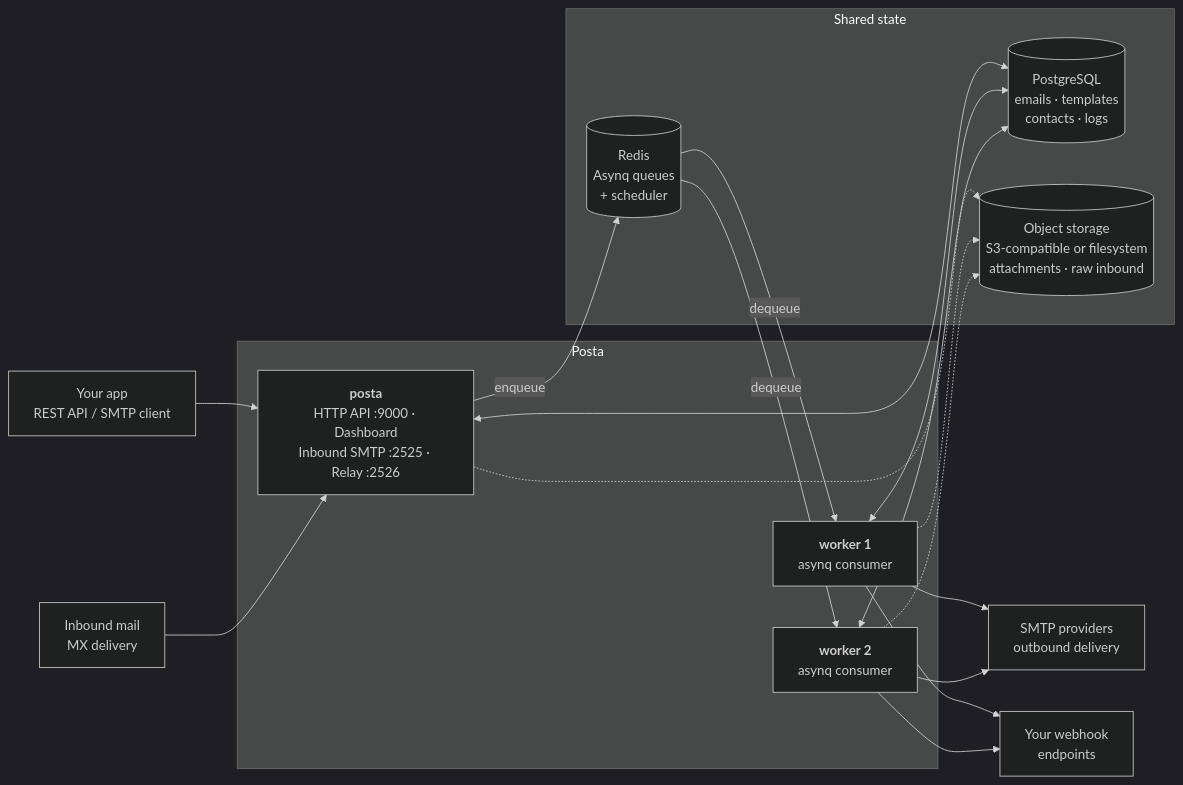
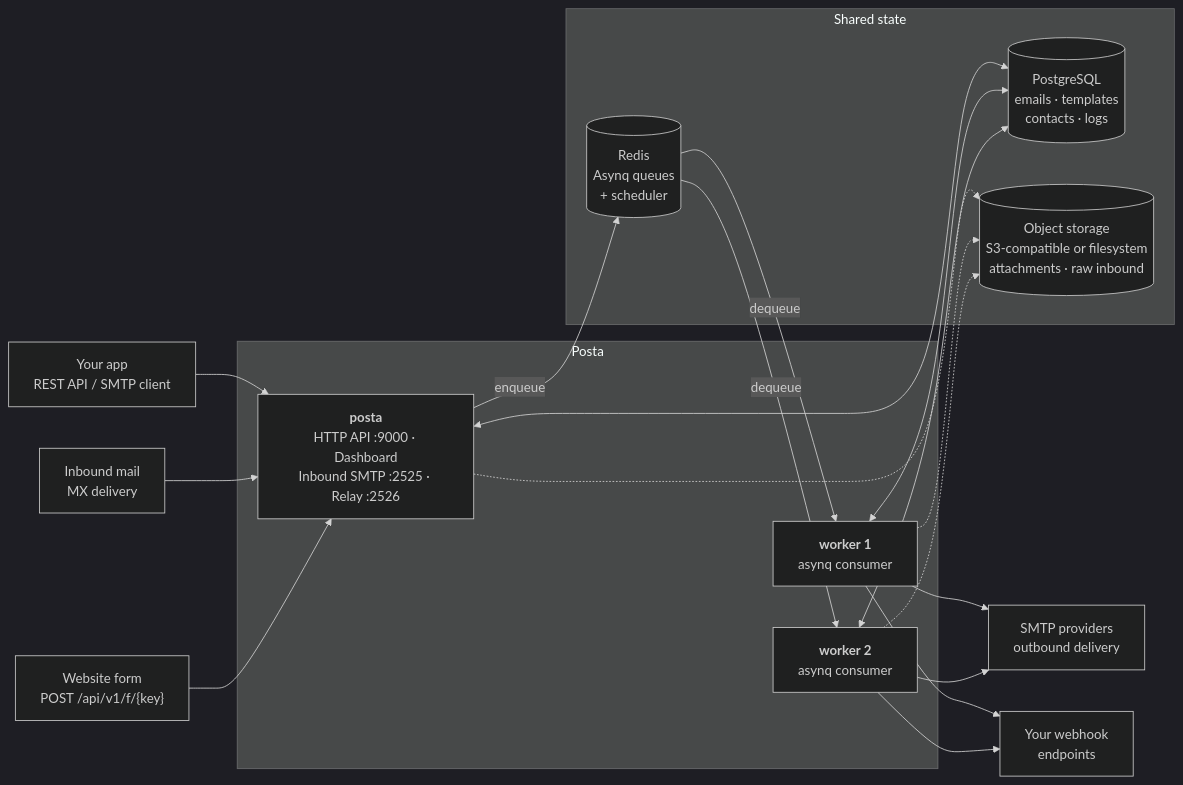
One commit to judempoyo/posta changed the diagram in README.md. Above: the diagram before and after it, drawn with Mermaid (dark theme).

Commit message:
docs: update Posta architecture

````diff
--- a/README.md
+++ b/README.md
@@ -237,33 +237,35 @@
 ```mermaid
 flowchart LR
     App["Your app<br/>REST API / SMTP client"]
     MX["Inbound mail<br/>MX delivery"]
+    Form["Website form<br/>POST /api/v1/f/{key}"]
 
     subgraph posta["Posta"]
         Server["<b>posta</b><br/>HTTP API :9000 · Dashboard<br/>Inbound SMTP :2525 · Relay :2526"]
         W1["<b>worker 1</b><br/>asynq consumer"]
         W2["<b>worker 2</b><br/>asynq consumer"]
     end
 
     subgraph shared["Shared state"]
         Redis[("Redis<br/>Asynq queues<br/>+ scheduler")]
         PG[("PostgreSQL<br/>emails · templates<br/>contacts · logs")]
         Blob[("Object storage<br/>S3-compatible or filesystem<br/>attachments · raw inbound")]
     end
 
     Providers["SMTP providers<br/>outbound delivery"]
     Hooks["Your webhook<br/>endpoints"]
 
     App --> Server
     MX --> Server
+    Form --> Server
     Server -- enqueue --> Redis
     Redis -- dequeue --> W1
     Redis -- dequeue --> W2
     Server <--> PG
     W1 <--> PG
     W2 <--> PG
     Server -.-> Blob
     W1 & W2 -.-> Blob
     W1 & W2 --> Providers
     W1 & W2 --> Hooks
 ```
````
